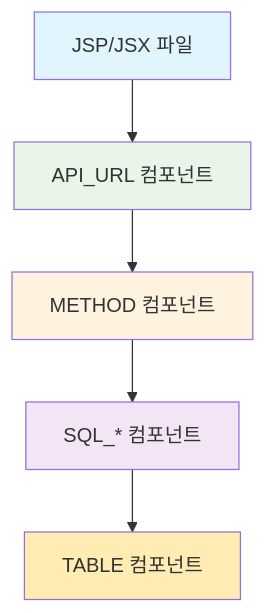
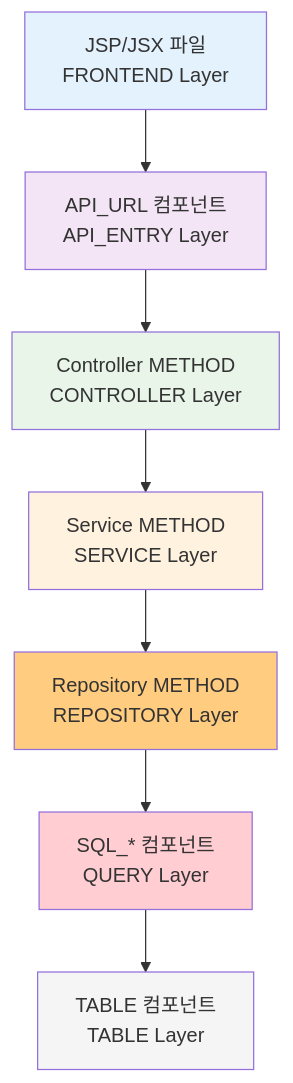
Before and after one commit to kumtaek/CreateMetaDb: the third of 3 diagrams in docs/02_데이터베이스_스키마_정의서.md, drawn with Mermaid. The commit also changed other lines of this file and 56 other files, not shown here.

````diff
--- a/docs/02_데이터베이스_스키마_정의서.md
+++ b/docs/02_데이터베이스_스키마_정의서.md
@@ -341,13 +506,17 @@
 ```mermaid
 graph TD
-    A[JSP/JSX 파일] --> B[API_URL 컴포넌트]
-    B --> C[METHOD 컴포넌트]
-    C --> D[SQL_* 컴포넌트]
-    D --> E[TABLE 컴포넌트]
+    A[JSP/JSX 파일<br/>FRONTEND Layer] --> B[API_URL 컴포넌트<br/>API_ENTRY Layer]
+    B --> C[Controller METHOD<br/>CONTROLLER Layer]
+    C --> D[Service METHOD<br/>SERVICE Layer]
+    D --> E[Repository METHOD<br/>REPOSITORY Layer]
+    E --> F[SQL_* 컴포넌트<br/>QUERY Layer]
+    F --> G[TABLE 컴포넌트<br/>TABLE Layer]
     
-    style A fill:#e1f5fe
-    style B fill:#e8f5e8
-    style C fill:#fff3e0
-    style D fill:#f3e5f5
-    style E fill:#ffecb3
+    style A fill:#e3f2fd
+    style B fill:#f3e5f5
+    style C fill:#e8f5e8
+    style D fill:#fff3e0
+    style E fill:#ffcc80
+    style F fill:#ffcdd2
+    style G fill:#f5f5f5
 ```
````
